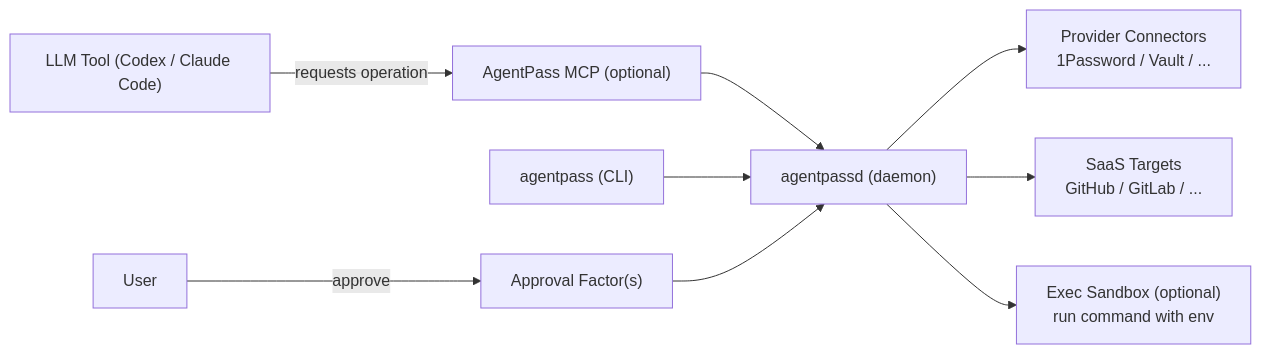
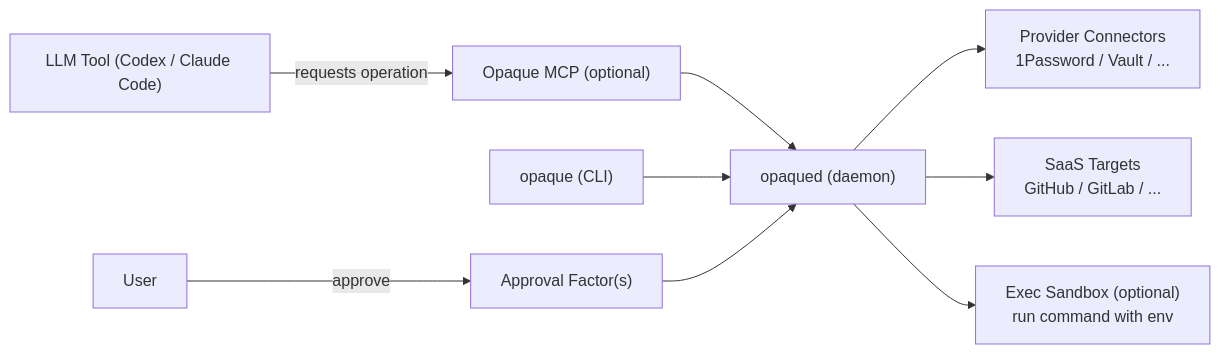
Before and after one commit to kcirtapfromspace/opaque: the first of 2 diagrams in docs/architecture.md, drawn with Mermaid. The commit also changed other lines of this file and 28 other files, not shown here.

First line of the commit message:
Rebrand AgentPass to Opaque

````diff
--- a/docs/architecture.md
+++ b/docs/architecture.md
@@ -99,12 +99,12 @@
 ```mermaid
 flowchart LR
-  Agent["LLM Tool (Codex / Claude Code)"] -->|requests operation| MCP["AgentPass MCP (optional)"]
+  Agent["LLM Tool (Codex / Claude Code)"] -->|requests operation| MCP["Opaque MCP (optional)"]
   User["User"] -->|approve| Factor["Approval Factor(s)"]
-  MCP --> D["agentpassd (daemon)"]
-  CLI["agentpass (CLI)"] --> D
+  MCP --> D["opaqued (daemon)"]
+  CLI["opaque (CLI)"] --> D
   Factor --> D
 
   D --> P["Provider Connectors<br/>1Password / Vault / ..."]
   D --> S["SaaS Targets<br/>GitHub / GitLab / ..."]
   D --> X["Exec Sandbox (optional)<br/>run command with env"]
 ```
````
